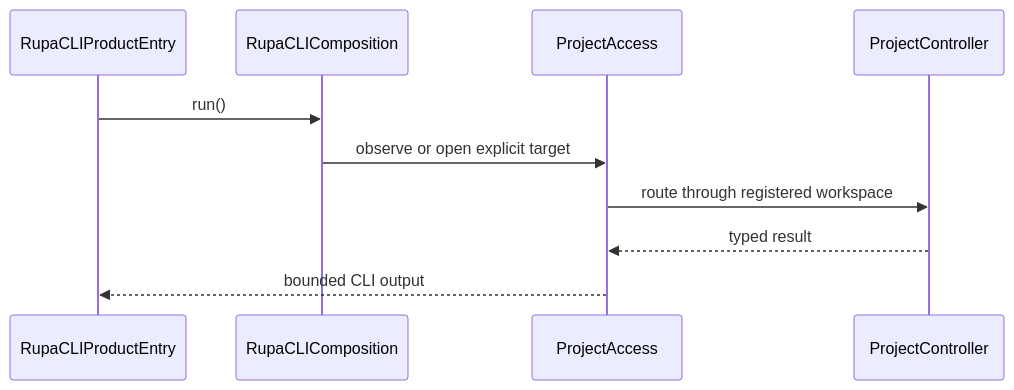
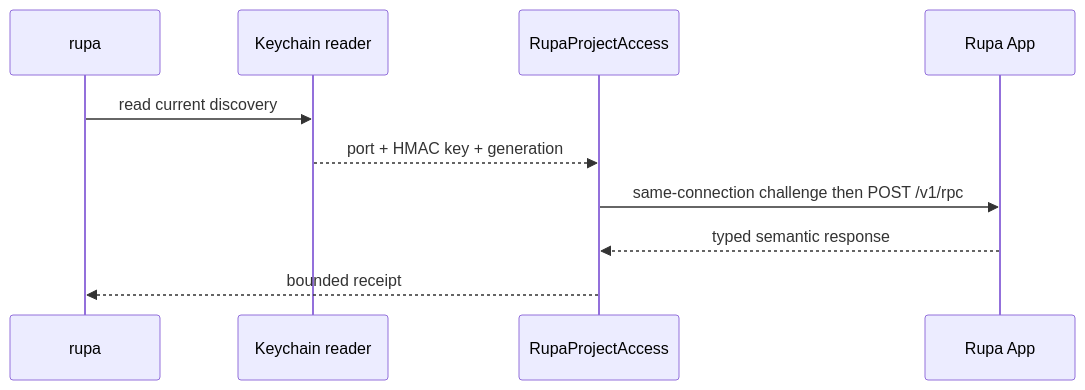
Before and after one commit to 1amageek/Rupa: the second of 2 diagrams in Rupa/Rupa/RupaCLI/DESIGN.md, drawn with Mermaid. The commit also changed other lines of this file and 133 other files, not shown here.

Commit message:
Route external access through the Rupa API

````diff
--- a/Rupa/Rupa/RupaCLI/DESIGN.md
+++ b/Rupa/Rupa/RupaCLI/DESIGN.md
@@ -61,12 +63,12 @@
 ```mermaid
 sequenceDiagram
-    participant E as RupaCLIProductEntry
-    participant C as RupaCLIComposition
-    participant A as ProjectAccess
-    participant P as ProjectController
-    E->>C: run()
-    C->>A: observe or open explicit target
-    A->>P: route through registered workspace
-    P-->>A: typed result
-    A-->>E: bounded CLI output
+    participant E as rupa
+    participant K as Keychain reader
+    participant A as RupaProjectAccess
+    participant P as Rupa App
+    E->>K: read current discovery
+    K-->>A: port + HMAC key + generation
+    A->>P: same-connection challenge then POST /v1/rpc
+    P-->>A: typed semantic response
+    A-->>E: bounded receipt
 ```
````
